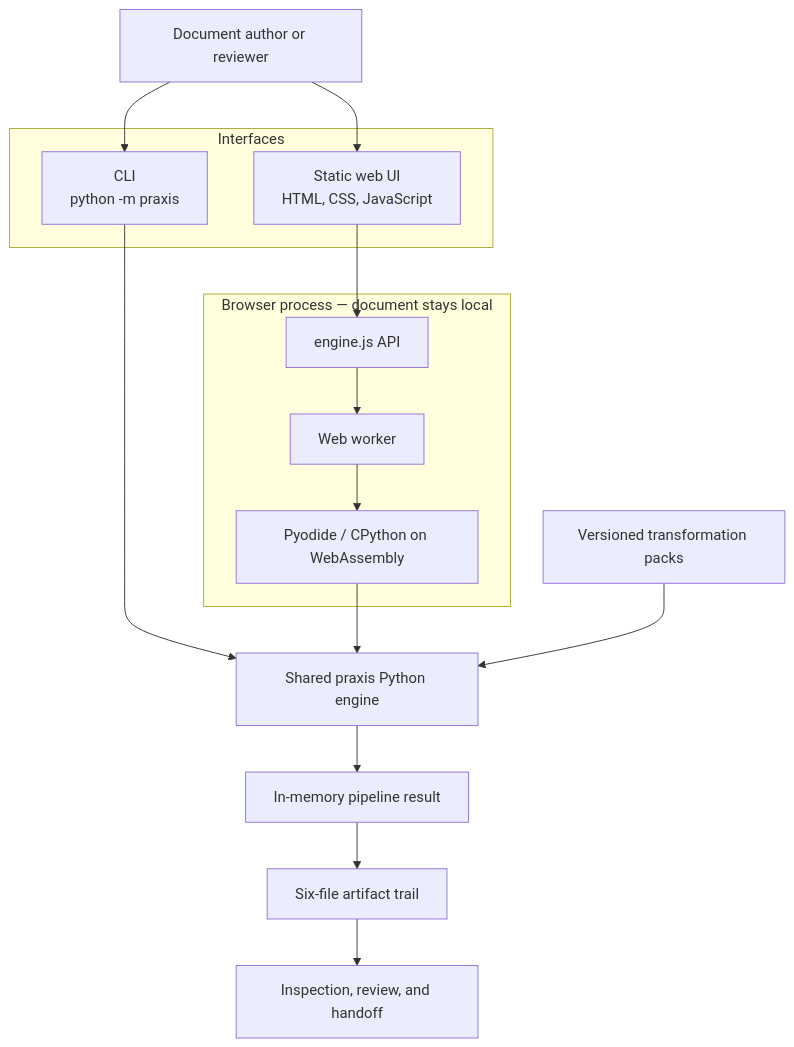
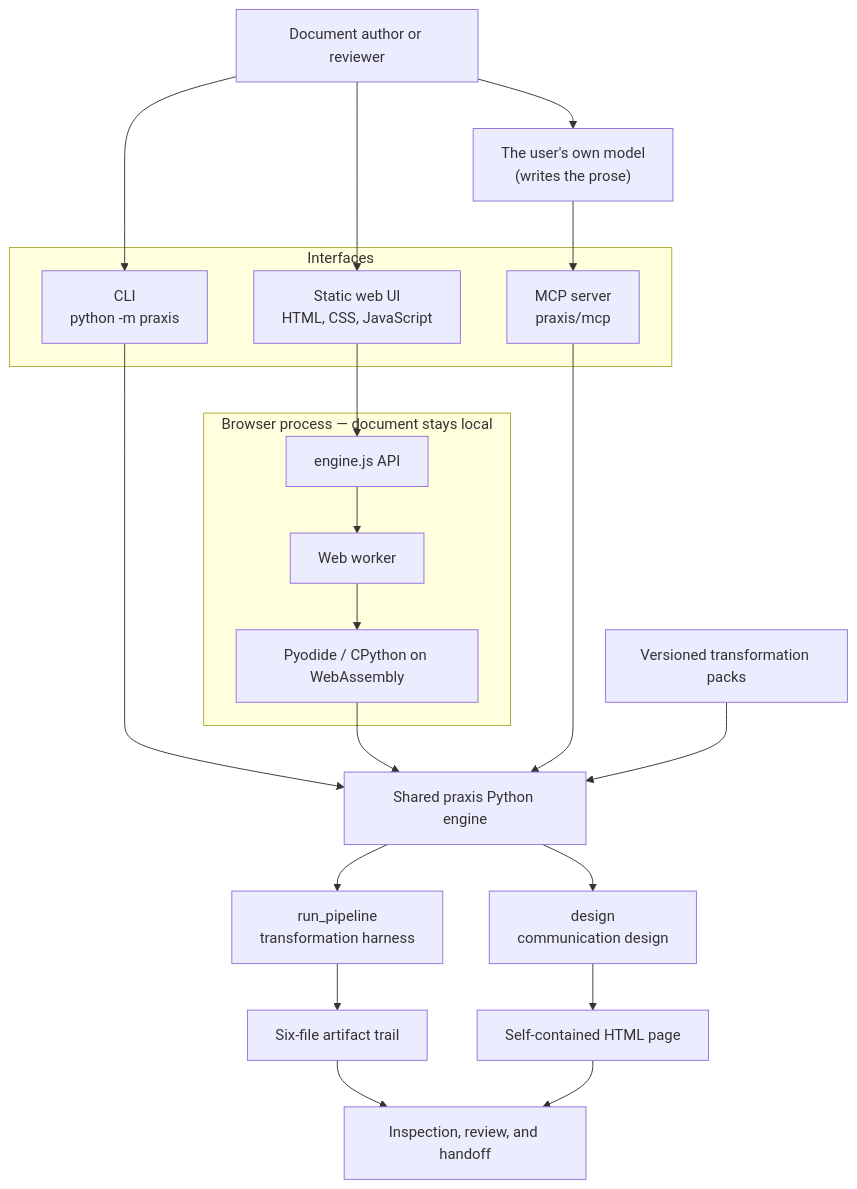
The first of 2 diagrams in docs/architecture.md (dhk/praxis), drawn with Mermaid before and after one commit. The commit also changed other lines of this file and 28 other files, not shown here.

````diff
--- a/docs/architecture.md
+++ b/docs/architecture.md
@@ -7,21 +16,28 @@
 ```mermaid
 flowchart TB
     User["Document author or reviewer"]
     subgraph Interfaces
         CLI["CLI\npython -m praxis"]
         UI["Static web UI\nHTML, CSS, JavaScript"]
+        MCP["MCP server\npraxis/mcp"]
     end
     subgraph BrowserBoundary["Browser process — document stays local"]
         UI --> Boundary["engine.js API"]
         Boundary --> Worker["Web worker"]
         Worker --> Pyodide["Pyodide / CPython on WebAssembly"]
     end
     User --> CLI
     User --> UI
+    Client["The user's own model\n(writes the prose)"] --> MCP
+    User --> Client
     CLI --> Engine["Shared praxis Python engine"]
     Pyodide --> Engine
+    MCP --> Engine
     Packs["Versioned transformation packs"] --> Engine
-    Engine --> Result["In-memory pipeline result"]
-    Result --> Files["Six-file artifact trail"]
+    Engine --> Harness["run_pipeline\ntransformation harness"]
+    Engine --> Design["design\ncommunication design"]
+    Harness --> Files["Six-file artifact trail"]
+    Design --> Page["Self-contained HTML page"]
     Files --> Review["Inspection, review, and handoff"]
+    Page --> Review
 ```
````
